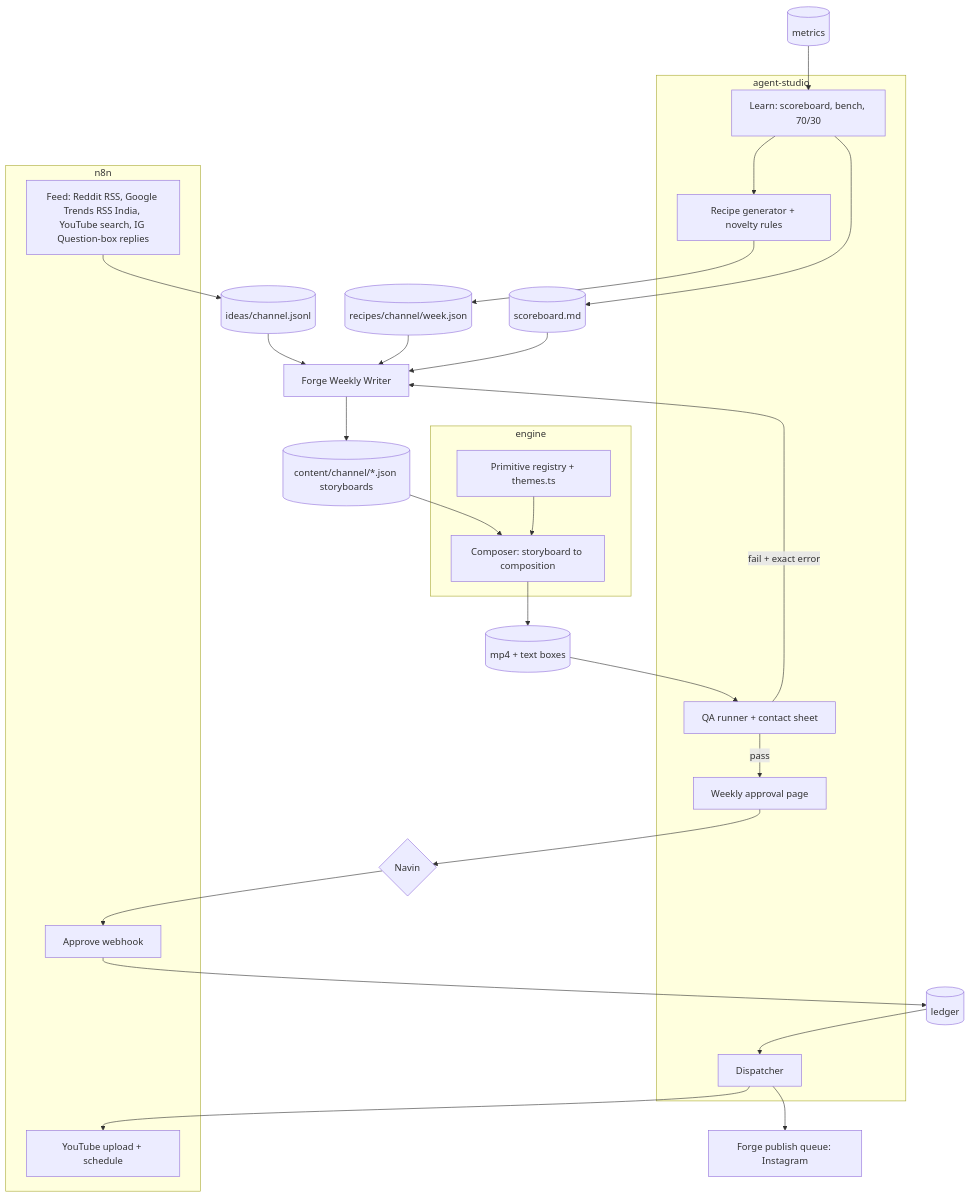
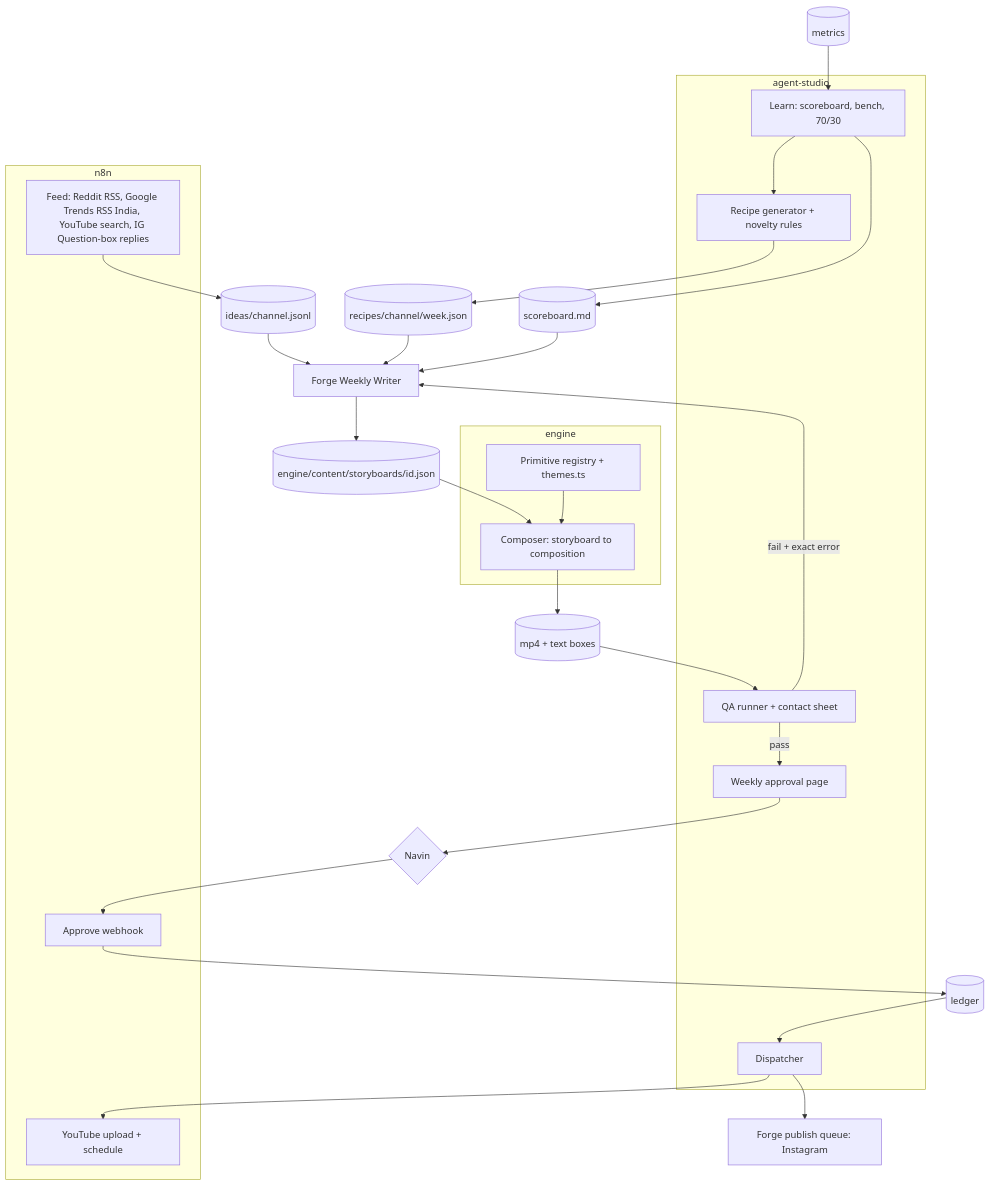
The diagram in docs/TECH.md (navin-labs/agent-studio), drawn with Mermaid before and after one commit. The commit also changed 20 other files, not shown here.

````diff
--- a/docs/TECH.md
+++ b/docs/TECH.md
@@ -6,32 +6,32 @@
 ```mermaid
 flowchart TB
   subgraph n8n
     FEED[Feed: Reddit RSS, Google Trends RSS India, YouTube search, IG Question-box replies]
     YT[YouTube upload + schedule]
     HOOK[Approve webhook]
   end
   subgraph agent-studio
     RECIPE[Recipe generator + novelty rules]
     QA[QA runner + contact sheet]
     PAGE[Weekly approval page]
     DISP[Dispatcher]
     LEARN[Learn: scoreboard, bench, 70/30]
   end
   subgraph engine
     COMP[Composer: storyboard to composition]
     PRIM[Primitive registry + themes.ts]
   end
   FORGE[Forge Weekly Writer]
   FEED --> IDEAS[(ideas/channel.jsonl)] --> FORGE
   RECIPE --> REC[(recipes/channel/week.json)] --> FORGE
   LEARN --> SB[(scoreboard.md)] --> FORGE
-  FORGE --> SBJ[(content/channel/*.json storyboards)] --> COMP
+  FORGE --> SBJ[(engine/content/storyboards/id.json)] --> COMP
   PRIM --> COMP --> MP4[(mp4 + text boxes)] --> QA
   QA -- fail + exact error --> FORGE
   QA -- pass --> PAGE --> NAVIN{Navin}
   NAVIN --> HOOK --> LEDGER[(ledger)]
   LEDGER --> DISP
   DISP --> YT
   DISP --> FQ[Forge publish queue: Instagram]
   METRICS[(metrics)] --> LEARN --> RECIPE
 ```
````
